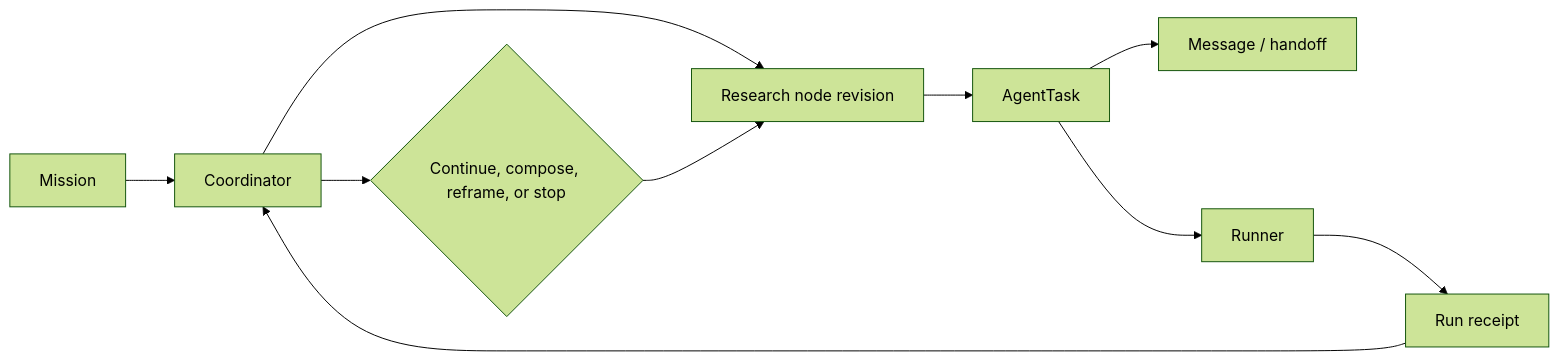
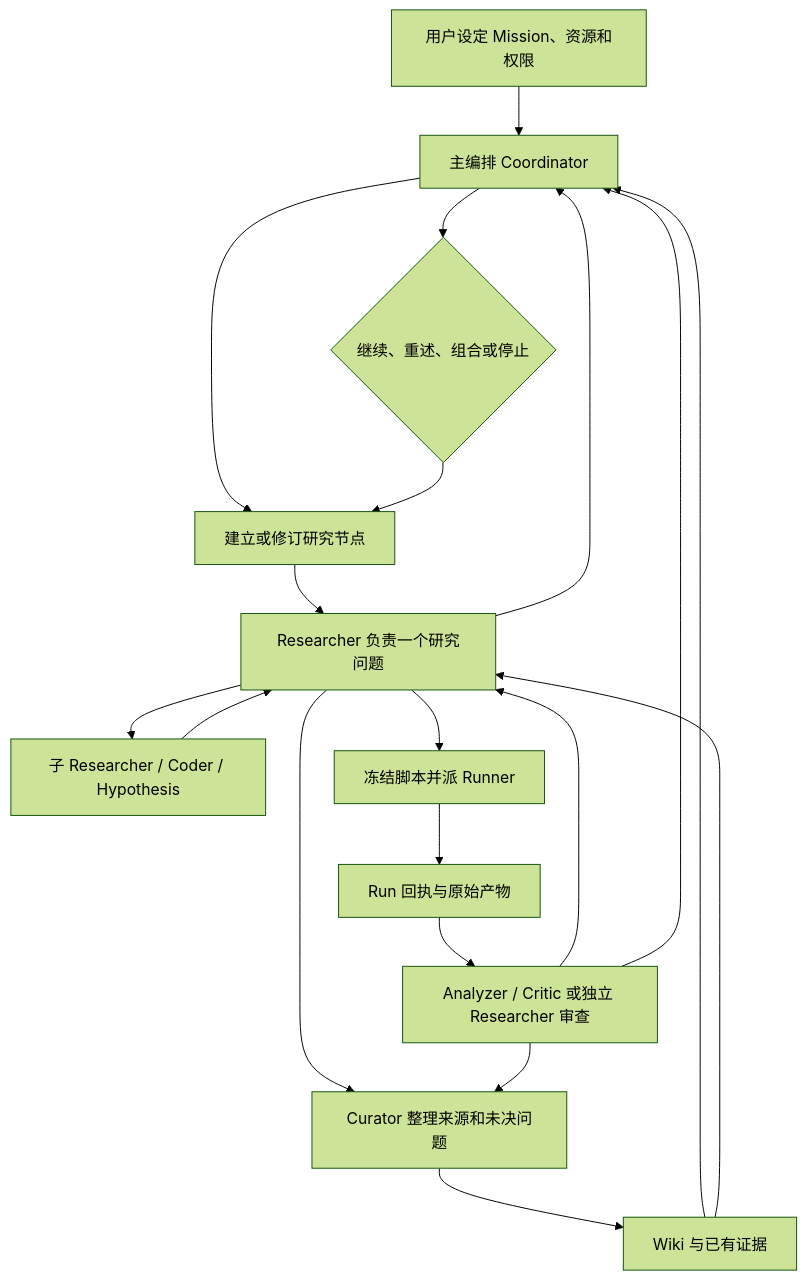
Before and after one commit to AGII-USTC/rsi-system: the diagram in README.md, drawn with Mermaid (forest theme). The commit also changed other lines of this file, not shown here.

Commit message:
Document RSI workflow and real mission task prompts

````diff
--- a/README.md
+++ b/README.md
@@ -83,12 +13,21 @@
 ```mermaid
-flowchart LR
-  M[Mission] --> C[Coordinator]
-  C --> N[Research node revision]
-  N --> T[AgentTask]
-  T --> H[Message / handoff]
-  T --> R[Runner]
-  R --> Q[Run receipt]
-  Q --> C
-  C --> D{Continue, compose, reframe, or stop}
+flowchart TD
+  U[用户设定 Mission、资源和权限] --> C[主编排 Coordinator]
+  K[Wiki 与已有证据] --> C
+  C --> N[建立或修订研究节点]
+  N --> R[Researcher 负责一个研究问题]
+  K --> R
+  R --> S[子 Researcher / Coder / Hypothesis]
+  R --> P[冻结脚本并派 Runner]
+  S --> R
+  P --> X[Run 回执与原始产物]
+  X --> A[Analyzer / Critic 或独立 Researcher 审查]
+  A --> R
+  A --> C
+  R --> C
+  C --> D{继续、重述、组合或停止}
   D --> N
+  R --> W[Curator 整理来源和未决问题]
+  A --> W
+  W --> K
 ```
````
